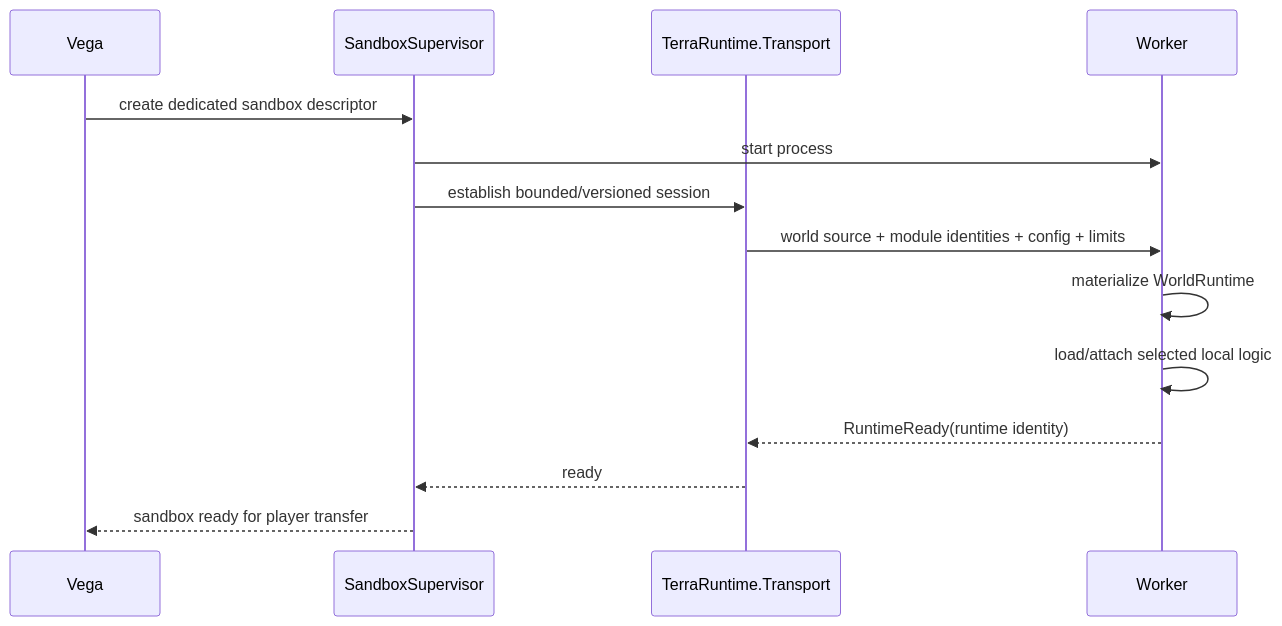
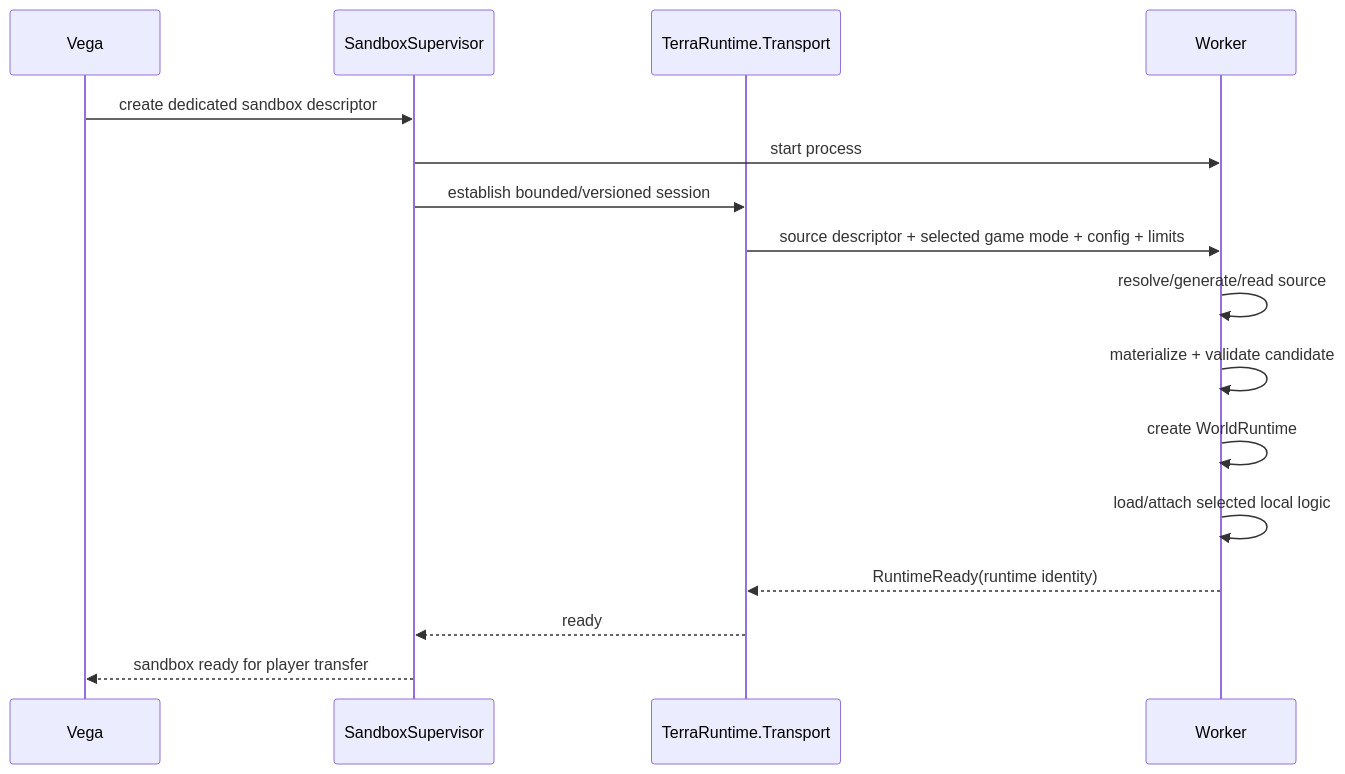
Before and after one commit to VegaKernel/TerraRuntime: the third of 5 diagrams in docs/en/sandbox/level-2.md, drawn with Mermaid. The commit also changed other lines of this file and 7 other files, not shown here.

First line of the commit message:
Define shared sandbox world sources and schematic format

````diff
--- a/docs/en/sandbox/level-2.md
+++ b/docs/en/sandbox/level-2.md
@@ -43,17 +69,19 @@
 ```mermaid
 sequenceDiagram
     participant V as Vega
     participant S as SandboxSupervisor
     participant T as TerraRuntime.Transport
     participant W as Worker
 
     V->>S: create dedicated sandbox descriptor
     S->>W: start process
     S->>T: establish bounded/versioned session
-    T->>W: world source + module identities + config + limits
-    W->>W: materialize WorldRuntime
+    T->>W: source descriptor + selected game mode + config + limits
+    W->>W: resolve/generate/read source
+    W->>W: materialize + validate candidate
+    W->>W: create WorldRuntime
     W->>W: load/attach selected local logic
     W-->>T: RuntimeReady(runtime identity)
     T-->>S: ready
     S-->>V: sandbox ready for player transfer
 ```
````
